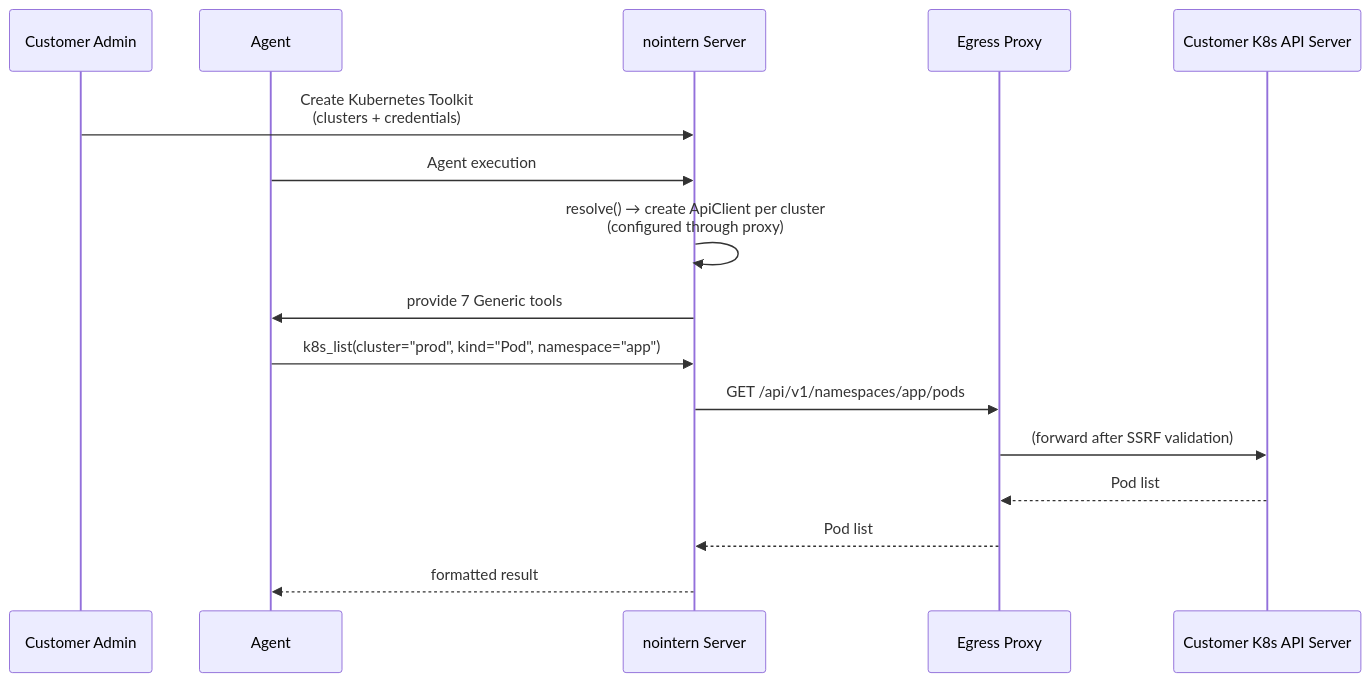
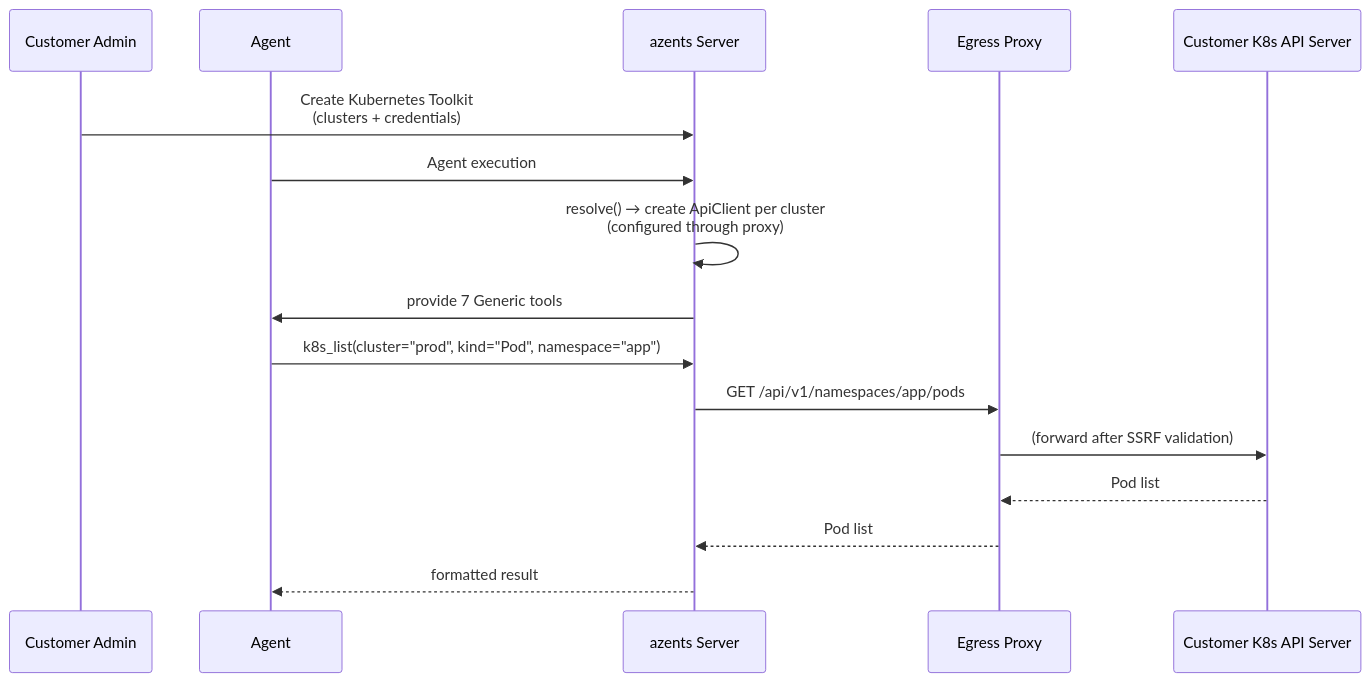
One commit to azents/azents changed the diagram in docs/azents/adr/kubernetes-260327-kubernetes-toolkit.md. Above: the diagram before and after it, drawn with Mermaid. The commit also changed 245 other files, not shown here.

````diff
--- a/docs/azents/adr/kubernetes-260327-kubernetes-toolkit.md
+++ b/docs/azents/adr/kubernetes-260327-kubernetes-toolkit.md
@@ -27,21 +27,21 @@
 ```mermaid
 sequenceDiagram
     participant Admin as Customer Admin
     participant Agent as Agent
-    participant NI as nointern Server
+    participant NI as azents Server
     participant Proxy as Egress Proxy
     participant K8s as Customer K8s API Server
 
     Admin->>NI: Create Kubernetes Toolkit<br/>(clusters + credentials)
 
     Agent->>NI: Agent execution
     NI->>NI: resolve() → create ApiClient per cluster<br/>(configured through proxy)
     NI->>Agent: provide 7 Generic tools
 
     Agent->>NI: k8s_list(cluster="prod", kind="Pod", namespace="app")
     NI->>Proxy: GET /api/v1/namespaces/app/pods
     Proxy->>K8s: (forward after SSRF validation)
     K8s-->>Proxy: Pod list
     Proxy-->>NI: Pod list
     NI-->>Agent: formatted result
 ```
````
